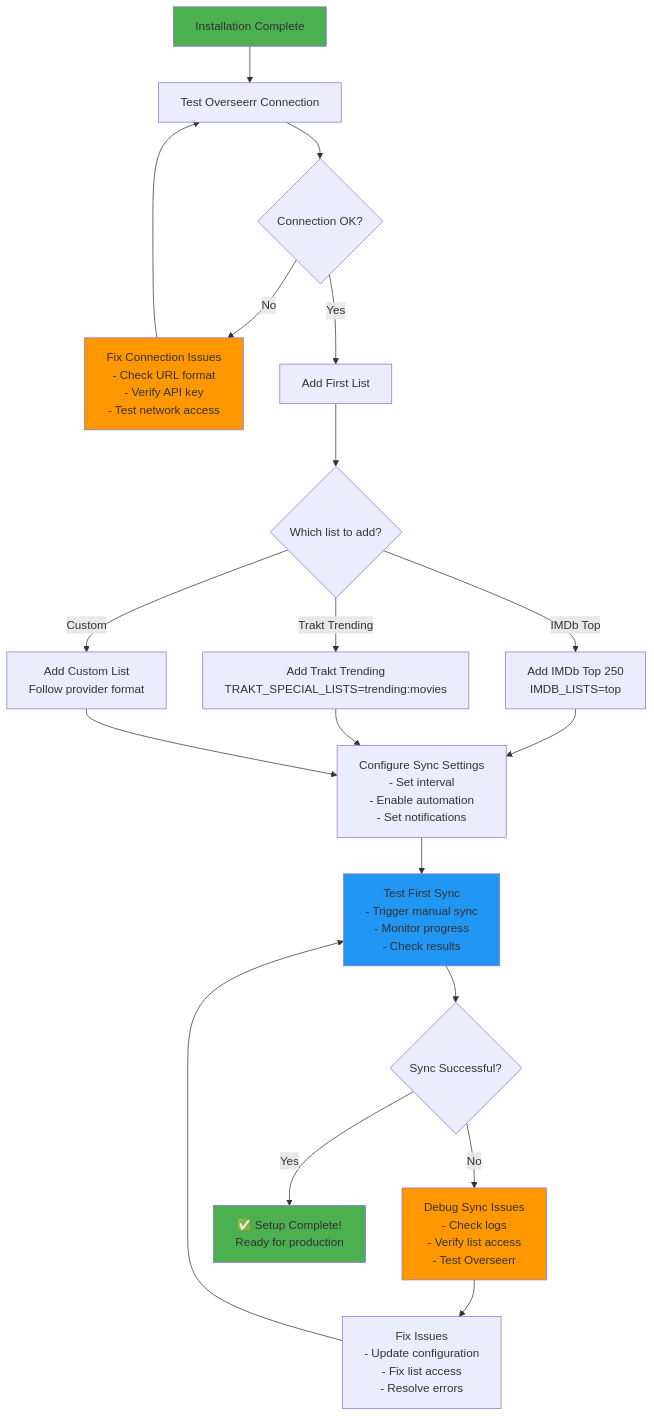
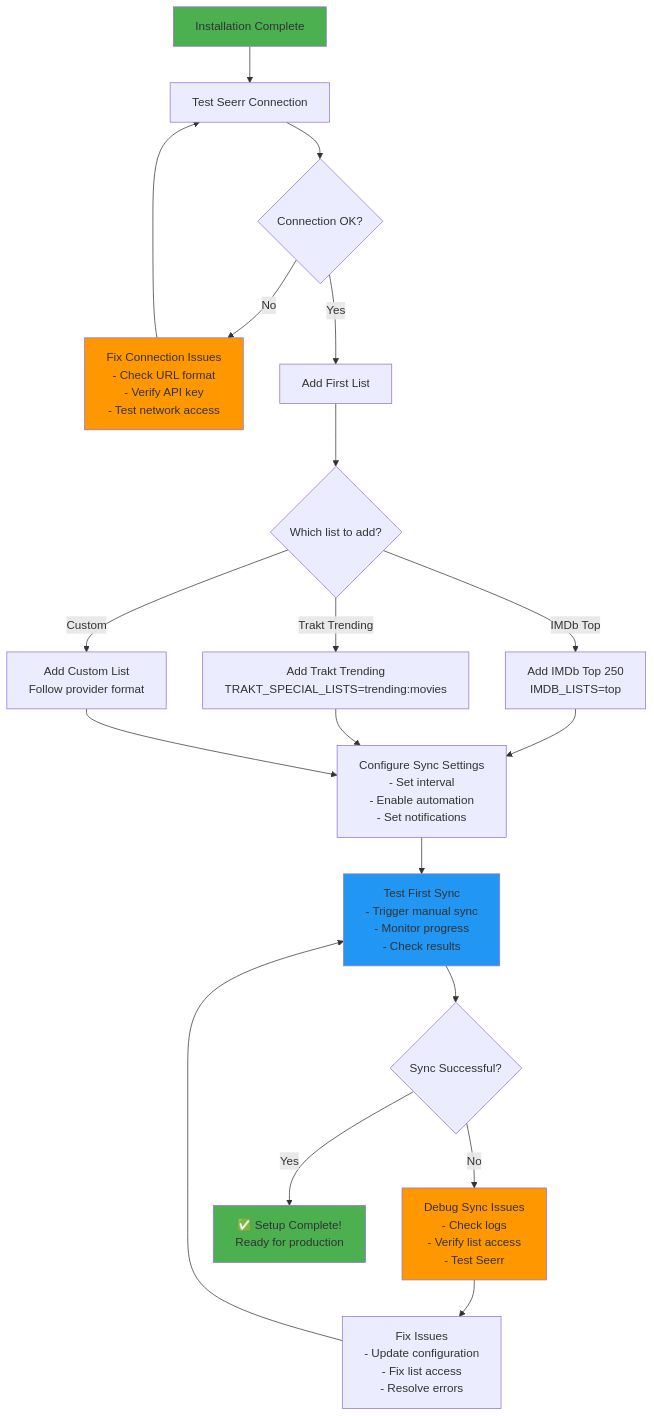
One commit to KaHooli/list-sync changed the third of 5 diagrams in docs/docsnew/installation.md. Above: the diagram before and after it, drawn with Mermaid. The commit also changed other lines of this file and 74 other files, not shown here.

````diff
--- a/docs/docsnew/installation.md
+++ b/docs/docsnew/installation.md
@@ -601,32 +601,32 @@
 ```mermaid
 flowchart TD
-    Start[Installation Complete] --> TestConnection[Test Overseerr Connection]
+    Start[Installation Complete] --> TestConnection[Test Seerr Connection]
     TestConnection --> ConnOK{Connection OK?}
     ConnOK -->|No| FixConnection[Fix Connection Issues<br/>- Check URL format<br/>- Verify API key<br/>- Test network access]
     ConnOK -->|Yes| AddFirstList[Add First List]
     
     FixConnection --> TestConnection
     
     AddFirstList --> ChooseList{Which list to add?}
     ChooseList -->|IMDb Top| AddIMDB[Add IMDb Top 250<br/>IMDB_LISTS=top]
     ChooseList -->|Trakt Trending| AddTrakt[Add Trakt Trending<br/>TRAKT_SPECIAL_LISTS=trending:movies]
     ChooseList -->|Custom| AddCustom[Add Custom List<br/>Follow provider format]
     
     AddIMDB --> ConfigureSync[Configure Sync Settings<br/>- Set interval<br/>- Enable automation<br/>- Set notifications]
     AddTrakt --> ConfigureSync
     AddCustom --> ConfigureSync
     
     ConfigureSync --> TestSync[Test First Sync<br/>- Trigger manual sync<br/>- Monitor progress<br/>- Check results]
     TestSync --> SyncOK{Sync Successful?}
-    SyncOK -->|No| DebugSync[Debug Sync Issues<br/>- Check logs<br/>- Verify list access<br/>- Test Overseerr]
+    SyncOK -->|No| DebugSync[Debug Sync Issues<br/>- Check logs<br/>- Verify list access<br/>- Test Seerr]
     SyncOK -->|Yes| SetupComplete[✅ Setup Complete!<br/>Ready for production]
     
     DebugSync --> FixIssues[Fix Issues<br/>- Update configuration<br/>- Fix list access<br/>- Resolve errors]
     FixIssues --> TestSync
     
     style Start fill:#4CAF50
     style SetupComplete fill:#4CAF50
     style FixConnection fill:#FF9800
     style DebugSync fill:#FF9800
     style TestSync fill:#2196F3
 ```
````
